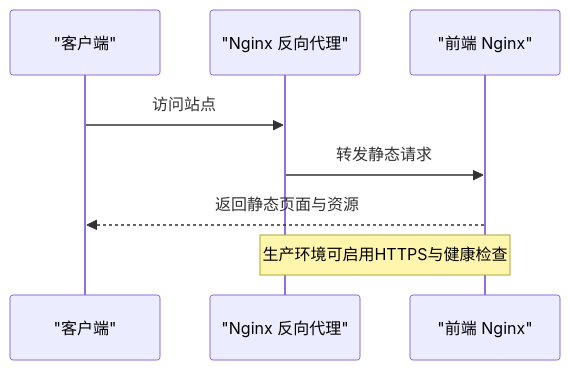
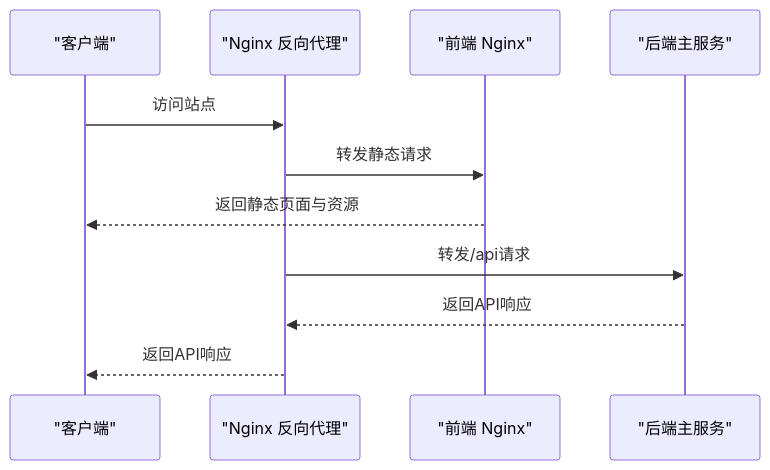
Before and after one commit to liuzh2008/med_ai_assistant_workspace: the fourth of 11 diagrams in .qoder/repowiki/zh/content/部署指南/部署指南.md, drawn with Mermaid. The commit also changed other lines of this file and 9 other files, not shown here.

````diff
--- a/.qoder/repowiki/zh/content/部署指南/部署指南.md
+++ b/.qoder/repowiki/zh/content/部署指南/部署指南.md
@@ -222,10 +241,13 @@
 ```mermaid
 sequenceDiagram
 participant Client as "客户端"
 participant Nginx as "Nginx 反向代理"
 participant Frontend as "前端 Nginx"
+participant Backend as "后端主服务"
 Client->>Nginx : 访问站点
 Nginx->>Frontend : 转发静态请求
 Frontend-->>Client : 返回静态页面与资源
-Note over Nginx,Frontend : 生产环境可启用HTTPS与健康检查
+Nginx->>Backend : 转发/api请求
+Backend-->>Nginx : 返回API响应
+Nginx-->>Client : 返回API响应
 ```
````
